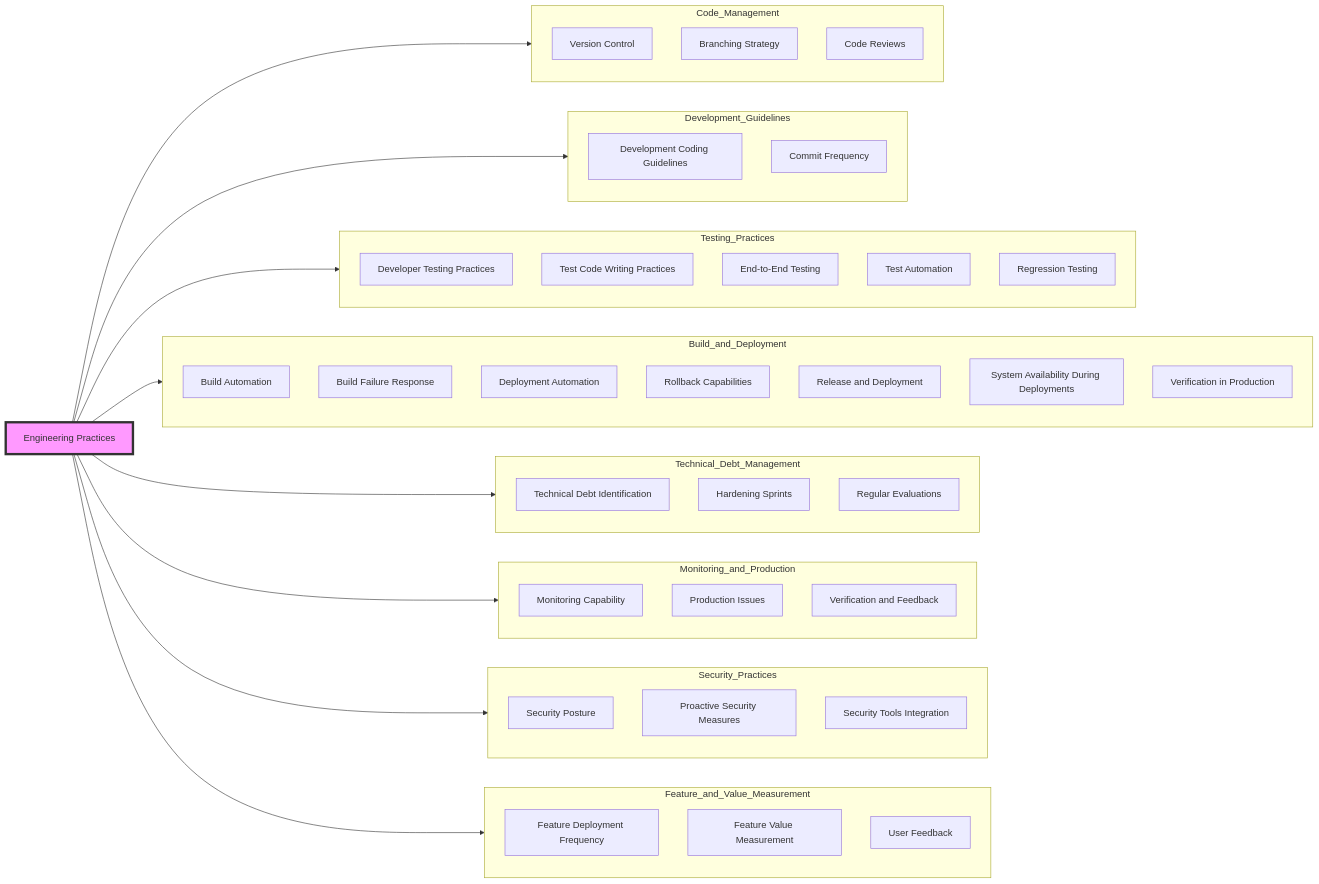
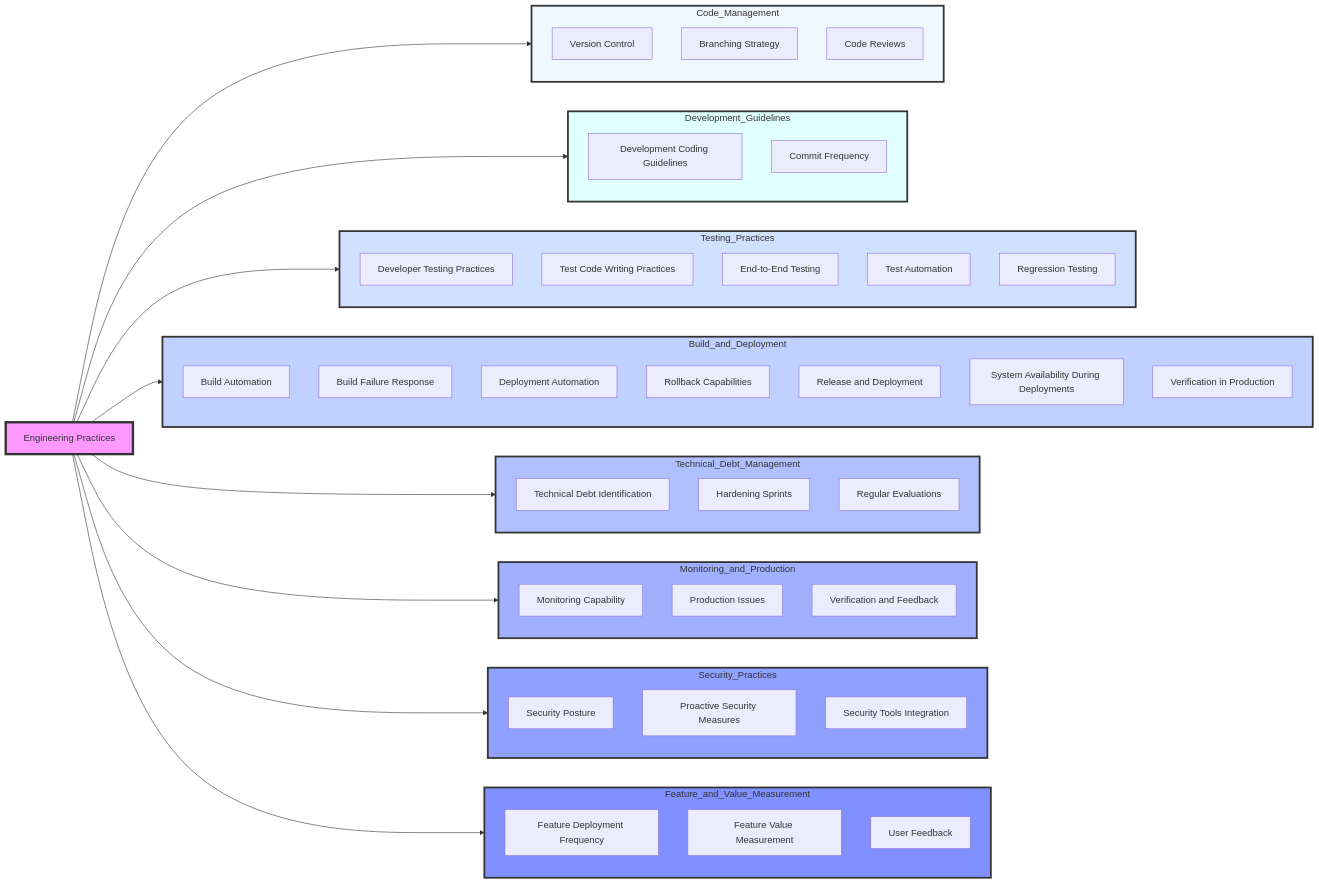
Before and after one commit to damodar4u/diagram_1: the diagram in README.md, drawn with Mermaid.

````diff
--- a/README.md
+++ b/README.md
@@ -9,14 +9,14 @@
         B2[Branching Strategy]
         B3[Code Reviews]
     end
-    A --> Code_Management
+    style Code_Management fill:#f0f8ff,stroke:#333,stroke-width:3px
 
     subgraph Development_Guidelines
         direction TB
         C1[Development Coding Guidelines]
         C2[Commit Frequency]
     end
-    A --> Development_Guidelines
+    style Development_Guidelines fill:#e0ffff,stroke:#333,stroke-width:3px
 
     subgraph Testing_Practices
         direction TB
@@ -26,7 +26,7 @@
         D4[Test Automation]
         D5[Regression Testing]
     end
-    A --> Testing_Practices
+    style Testing_Practices fill:#d0e0ff,stroke:#333,stroke-width:3px
 
     subgraph Build_and_Deployment
         direction TB
@@ -38,7 +38,7 @@
         E6[System Availability During Deployments]
         E7[Verification in Production]
     end
-    A --> Build_and_Deployment
+    style Build_and_Deployment fill:#c0d0ff,stroke:#333,stroke-width:3px
 
     subgraph Technical_Debt_Management
         direction TB
@@ -46,7 +46,7 @@
         F2[Hardening Sprints]
         F3[Regular Evaluations]
     end
-    A --> Technical_Debt_Management
+    style Technical_Debt_Management fill:#b0c0ff,stroke:#333,stroke-width:3px
 
     subgraph Monitoring_and_Production
         direction TB
@@ -54,7 +54,7 @@
         G2[Production Issues]
         G3[Verification and Feedback]
     end
-    A --> Monitoring_and_Production
+    style Monitoring_and_Production fill:#a0b0ff,stroke:#333,stroke-width:3px
 
     subgraph Security_Practices
         direction TB
@@ -62,7 +62,7 @@
         H2[Proactive Security Measures]
         H3[Security Tools Integration]
     end
-    A --> Security_Practices
+    style Security_Practices fill:#90a0ff,stroke:#333,stroke-width:3px
 
     subgraph Feature_and_Value_Measurement
         direction TB
@@ -70,5 +70,14 @@
         I2[Feature Value Measurement]
         I3[User Feedback]
     end
-    A --> Feature_and_Value_Measurement
+    style Feature_and_Value_Measurement fill:#8090ff,stroke:#333,stroke-width:3px
+
+A --> Code_Management
+A --> Development_Guidelines
+A --> Testing_Practices
+A --> Build_and_Deployment
+A --> Technical_Debt_Management
+A --> Monitoring_and_Production
+A --> Security_Practices
+A --> Feature_and_Value_Measurement
 ```
````
